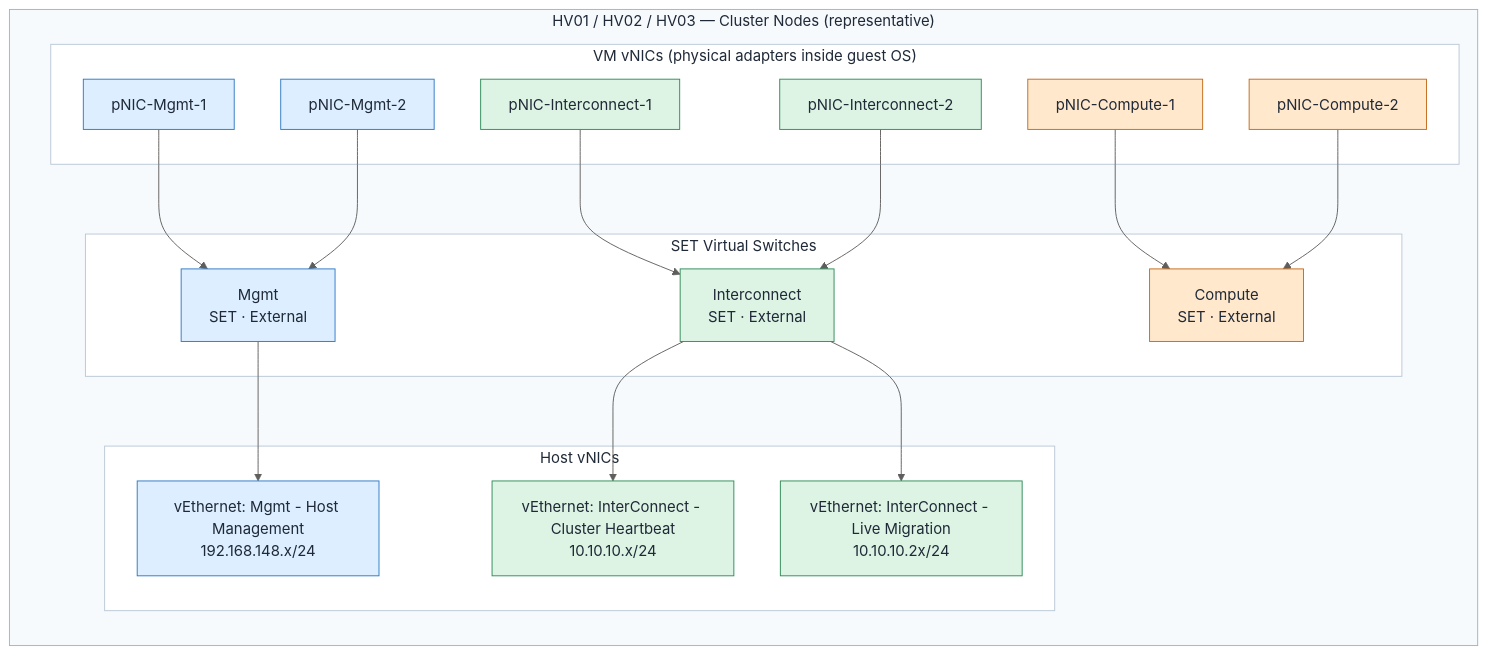
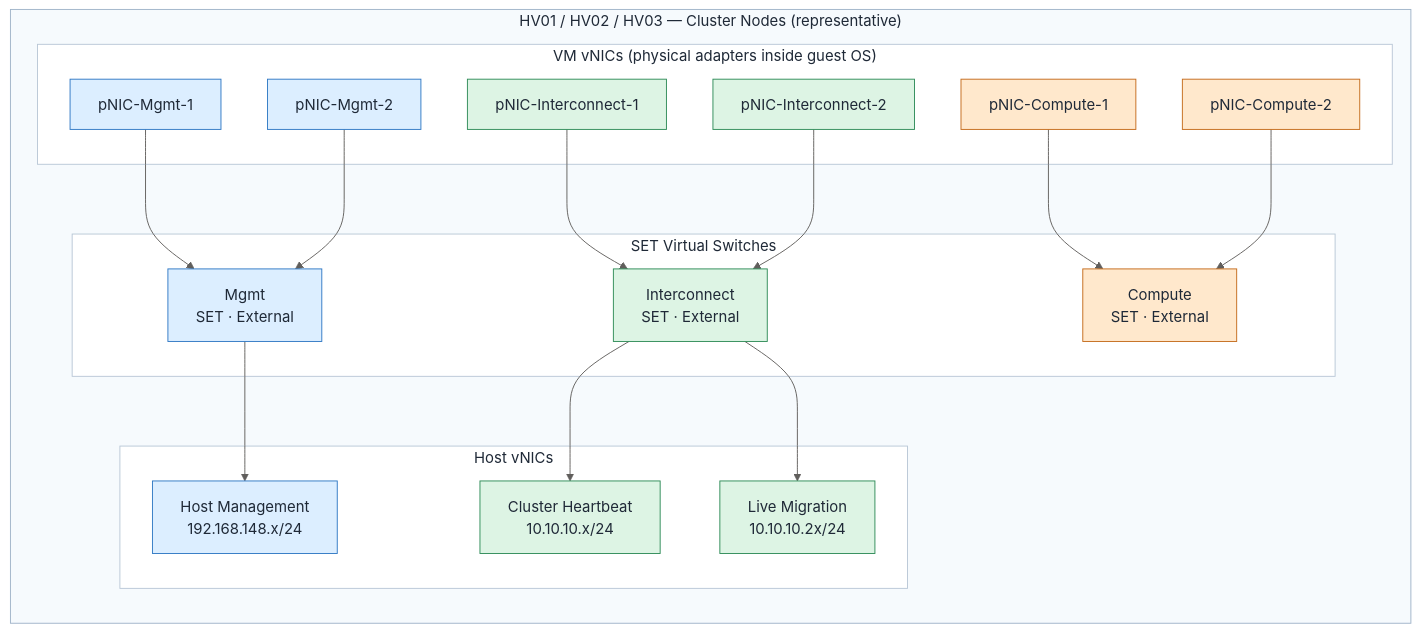
Before and after one commit to Greg-T8/ws2025-hyperv-cluster-lab: the diagram in docs/hyper-v-failover-cluster-lab-guide.md, drawn with Mermaid. The commit also changed other lines of this file, not shown here.

Commit message:
fix: update host vNIC settings and add tuning rationale in Hyper-V Failover Cluster Lab Guide

````diff
--- a/docs/hyper-v-failover-cluster-lab-guide.md
+++ b/docs/hyper-v-failover-cluster-lab-guide.md
@@ -39,56 +39,56 @@
 ```mermaid
 %%{init: {
     "theme": "base",
     "themeVariables": {
         "background": "#FDFEFE",
         "primaryTextColor": "#323130",
         "lineColor": "#605E5C",
         "clusterBkg": "#F7FAFD",
         "clusterBorder": "#A7BDD4"
     }
 }}%%
 graph LR
     subgraph NODE["HV01 / HV02 / HV03 — Cluster Nodes (representative)"]
         subgraph GNICS["VM vNICs (physical adapters inside guest OS)"]
             M1["pNIC-Mgmt-1"]
             M2["pNIC-Mgmt-2"]
             IC1["pNIC-Interconnect-1"]
             IC2["pNIC-Interconnect-2"]
             CP1["pNIC-Compute-1"]
             CP2["pNIC-Compute-2"]
         end
 
         subgraph GSET["SET Virtual Switches"]
             SET_M["Mgmt\nSET · External"]
             SET_I["Interconnect\nSET · External"]
             SET_CP["Compute\nSET · External"]
         end
 
         subgraph GVNICS["Host vNICs"]
-            HV_MGMT["vEthernet: Mgmt - Host Management\n192.168.148.x/24"]
-            HV_CLUS["vEthernet: InterConnect - Cluster Heartbeat\n10.10.10.x/24"]
-            HV_LM["vEthernet: InterConnect - Live Migration\n10.10.10.2x/24"]
+            HV_MGMT["Host Management\n192.168.148.x/24"]
+            HV_CLUS["Cluster Heartbeat\n10.10.10.x/24"]
+            HV_LM["Live Migration\n10.10.10.2x/24"]
         end
 
         M1 & M2 --> SET_M
         IC1 & IC2 --> SET_I
         CP1 & CP2 --> SET_CP
         SET_M --> HV_MGMT
         SET_I --> HV_CLUS
         SET_I --> HV_LM
     end
 
     classDef mgmt fill:#DCEEFF,stroke:#2F78C4,stroke-width:1px,color:#1F2937;
     classDef cluster fill:#DDF4E4,stroke:#2E8B57,stroke-width:1px,color:#1F2937;
     classDef livemig fill:#EADFFD,stroke:#6F4BB8,stroke-width:1px,color:#1F2937;
     classDef vmnet fill:#FFE8CC,stroke:#C46A1A,stroke-width:1px,color:#1F2937;
 
     class M1,M2,SET_M,HV_MGMT mgmt;
     class IC1,IC2,SET_I,HV_CLUS,HV_LM cluster;
     class CP1,CP2,SET_CP vmnet;
 
     style NODE fill:#F6FAFD,stroke:#9FB3C8,stroke-width:1px,color:#1F2937
     style GNICS fill:#FFFFFF,stroke:#B9C7D6,stroke-width:1px,color:#1F2937
     style GSET fill:#FFFFFF,stroke:#B9C7D6,stroke-width:1px,color:#1F2937
     style GVNICS fill:#FFFFFF,stroke:#B9C7D6,stroke-width:1px,color:#1F2937
 ```
````
